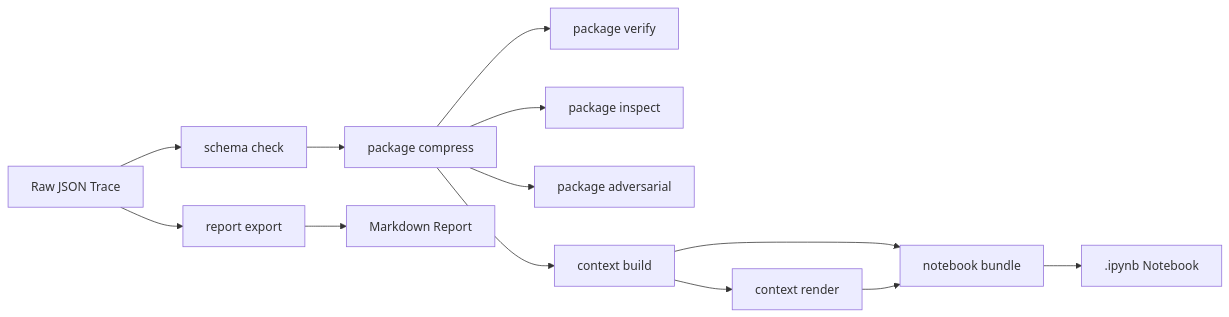
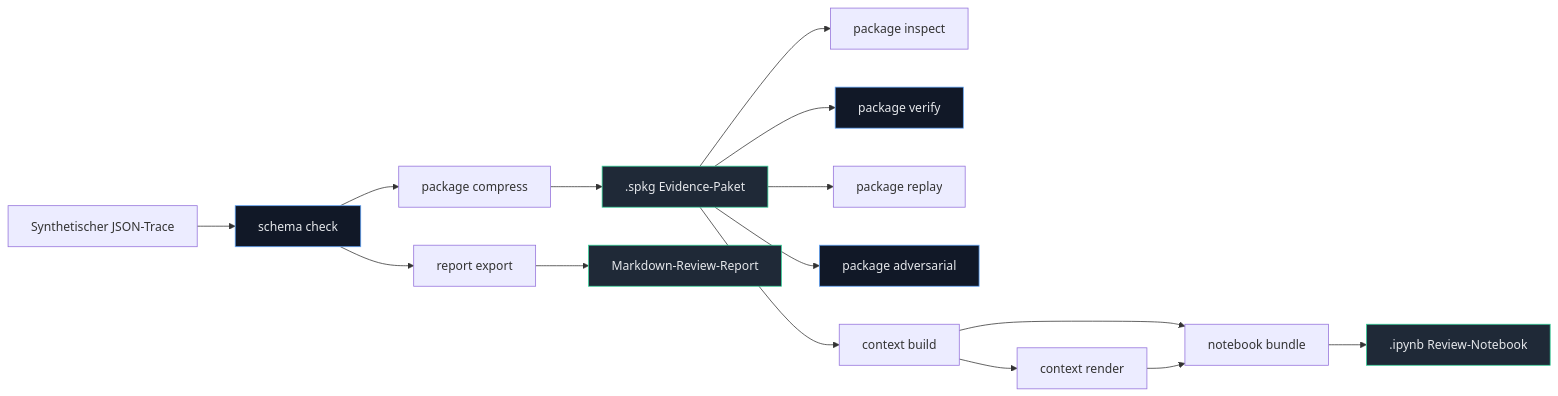
Before and after one commit to ProfRandom92/Antigravity-Comptextv7: the first of 3 diagrams in README.md, drawn with Mermaid. The commit also changed other lines of this file, not shown here.

````diff
--- a/README.md
+++ b/README.md
@@ -22,15 +33,25 @@
 ```mermaid
 flowchart LR
-    A["Raw JSON Trace"] --> B["schema check"]
-    B --> C["package compress"]
-    C --> D["package verify"]
-    C --> E["package inspect"]
-    C --> F["package adversarial"]
-    C --> I["context build"]
-    I --> J["context render"]
-    I --> K["notebook bundle"]
-    J --> K
-    K --> L[".ipynb Notebook"]
-    A --> G["report export"]
-    G --> H["Markdown Report"]
+    roh["Synthetischer JSON-Trace"] --> schema["schema check"]
+    schema --> compress["package compress"]
+    compress --> spkg[".spkg Evidence-Paket"]
+
+    spkg --> inspect["package inspect"]
+    spkg --> verify["package verify"]
+    spkg --> replay["package replay"]
+    spkg --> adversarial["package adversarial"]
+
+    schema --> report["report export"]
+    report --> md["Markdown-Review-Report"]
+
+    spkg --> build["context build"]
+    build --> render["context render"]
+    build --> notebook["notebook bundle"]
+    render --> notebook
+    notebook --> ipynb[".ipynb Review-Notebook"]
+
+    classDef guard fill:#111827,stroke:#60a5fa,color:#e5e7eb;
+    classDef artifact fill:#1f2937,stroke:#34d399,color:#e5e7eb;
+    class schema,verify,adversarial guard;
+    class spkg,md,ipynb artifact;
 ```
````
